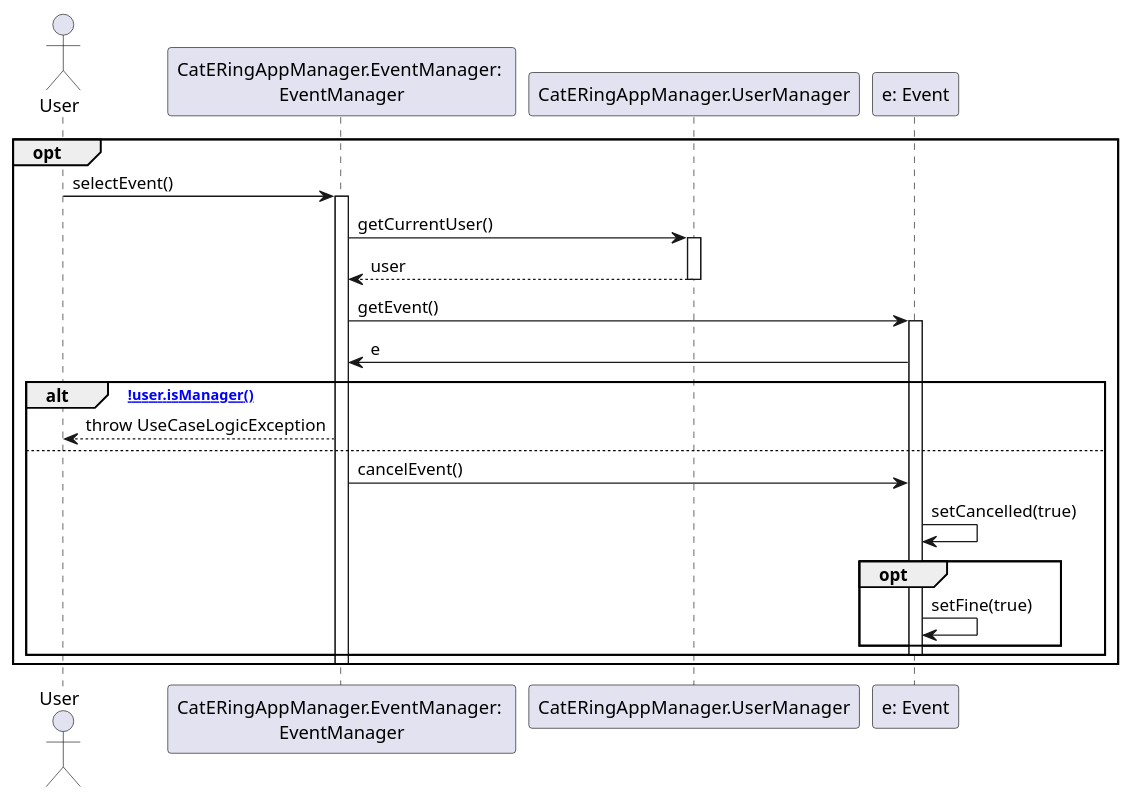
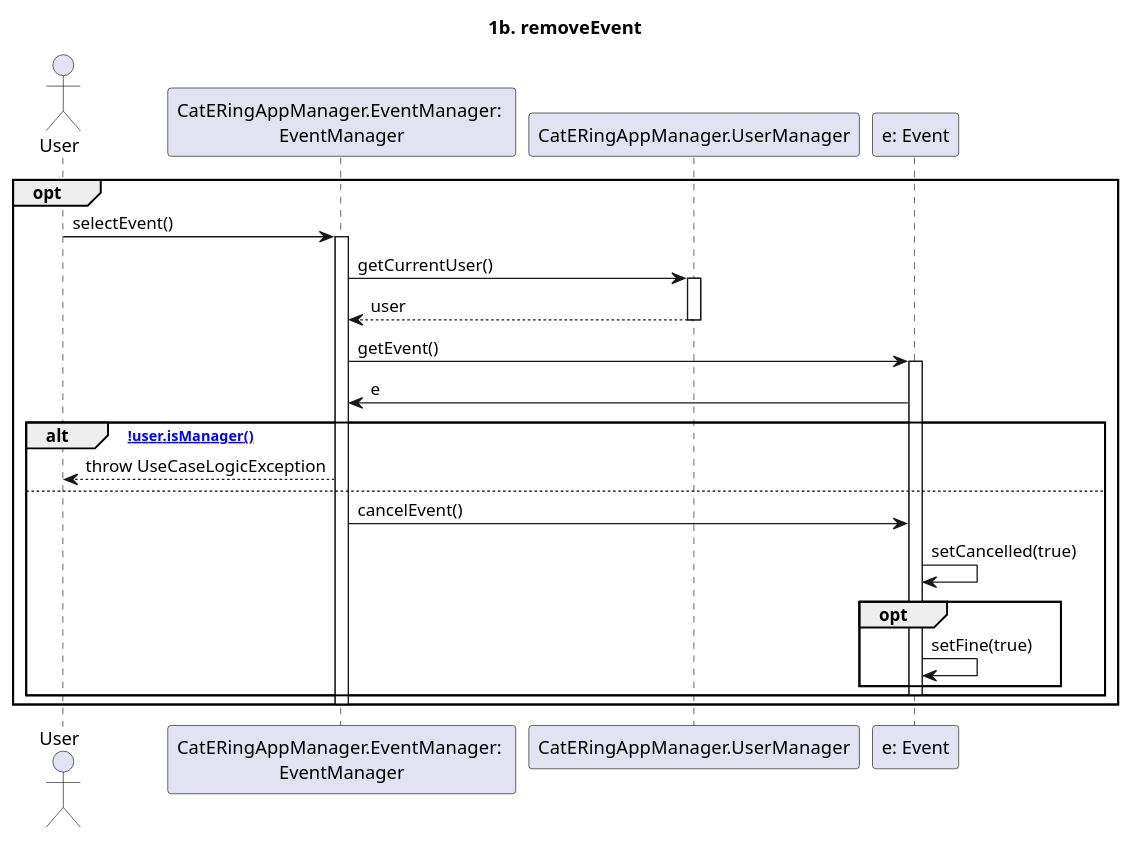
One commit to m0canu1/sas changed the diagram in dsd/dsd-eventi/estensioniEcc/1b-removeEvent.md. Above: the diagram before and after it, drawn with PlantUML. The commit also changed 13 other files, not shown here.

````diff
--- a/dsd/dsd-eventi/estensioniEcc/1b-removeEvent.md
+++ b/dsd/dsd-eventi/estensioniEcc/1b-removeEvent.md
@@ -1,32 +1,35 @@
 ```plantuml
+
+title: 1b. removeEvent
+
 Actor  User
 Participant "CatERingAppManager.EventManager: \nEventManager"  as EM
 Participant "CatERingAppManager.UserManager" as UM
 
 opt
 	User -> EM: selectEvent()
 	Activate EM
 
 	EM -> UM: getCurrentUser()
 	Activate UM
 	    
 	UM --> EM: user
 	Deactivate UM
 
 	EM -> "e: Event": getEvent()
 	Activate "e: Event"
 	"e: Event" -> EM: e
 
 	alt [!user.isManager()]
 	    EM --> User: throw UseCaseLogicException
 	else
 	    EM -> "e: Event": cancelEvent()
 	    "e: Event" -> "e: Event": setCancelled(true)
 	    opt 
 	    	"e: Event" -> "e: Event": setFine(true)
 	    end
 		Deactivate "e: Event"
 	end
 	Deactivate EM
 end
 ```
````
